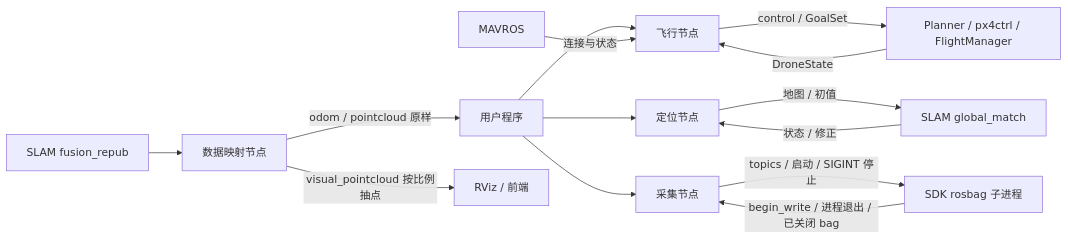
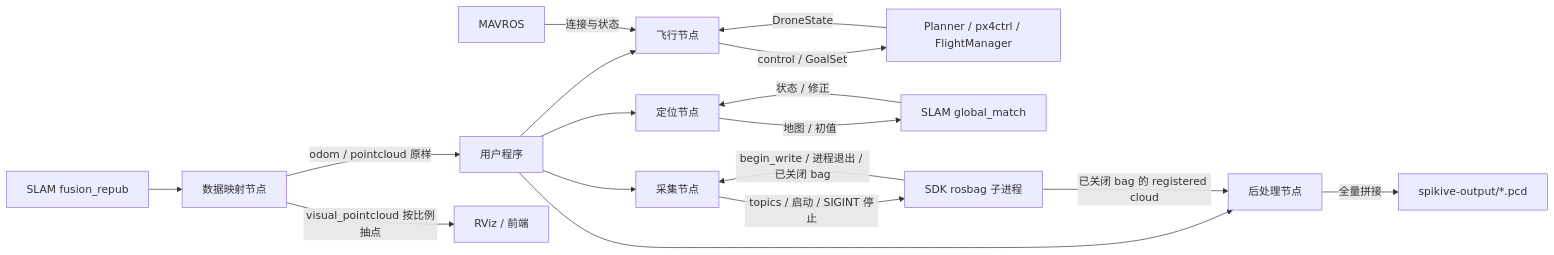
The diagram in docs/开发逻辑.md (QGDuan/Spikive-Control-SDK), drawn with Mermaid before and after one commit. The commit also changed other lines of this file and 6 other files, not shown here.

Commit message:
docs(post-process): document point cloud export workflow

````diff
--- a/docs/开发逻辑.md
+++ b/docs/开发逻辑.md
@@ -14,16 +15,19 @@
 ```mermaid
 flowchart LR
   User[用户程序] --> Flight[飞行节点]
   Flight -->|control / GoalSet| Planner[Planner / px4ctrl / FlightManager]
   Planner -->|DroneState| Flight
   Mavros[MAVROS] -->|连接与状态| Flight
   User --> Loc[定位节点]
   Loc -->|地图 / 初值| Match[SLAM global_match]
   Match -->|状态 / 修正| Loc
   User --> Record[采集节点]
   Record -->|topics / 启动 / SIGINT 停止| Bag[SDK rosbag 子进程]
   Bag -->|begin_write / 进程退出 / 已关闭 bag| Record
+  User --> Post[后处理节点]
+  Bag -->|已关闭 bag 的 registered cloud| Post
+  Post -->|全量拼接| PCD[spikive-output/*.pcd]
   Fusion[SLAM fusion_repub] --> Data[数据映射节点]
   Data -->|odom / pointcloud 原样| User
   Data -->|visual_pointcloud 按比例抽点| Viewer[RViz / 前端]
 ```
````
